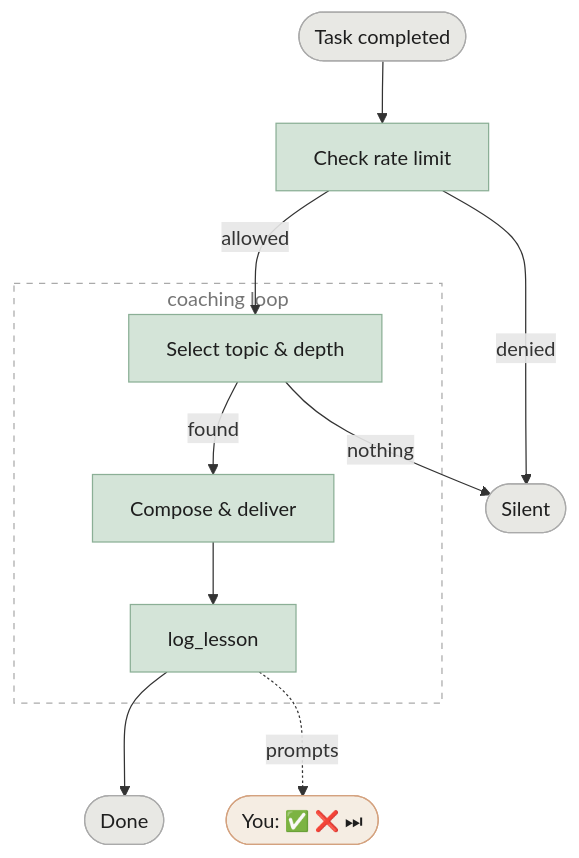
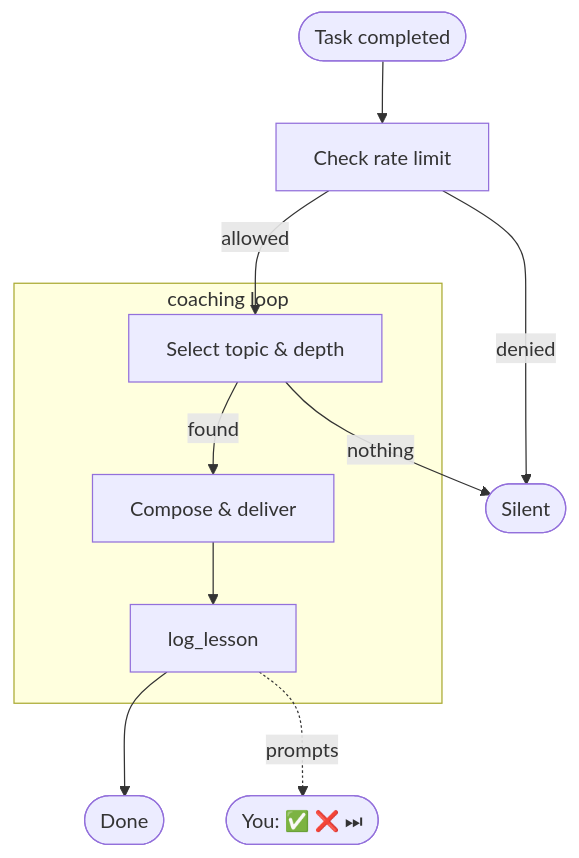
The diagram in README.md (UltimaPhoenix/dev-coach), drawn with Mermaid before and after one commit. The commit also changed 2 other files, not shown here.

Commit message:
docs: remove custom Mermaid styles — use default theme

````diff
--- a/README.md
+++ b/README.md
@@ -17,27 +17,18 @@
 ```mermaid
 flowchart TD
     A([Task completed]) --> B[Check rate limit]
     B -->|denied| Z([Silent])
     B -->|allowed| D
 
     subgraph loop["coaching loop"]
         D[Select topic & depth]
         E[Compose & deliver]
         G[log_lesson]
     end
 
     D -->|nothing| Z
     D -->|found| E
     E --> G
     G --> F([Done])
     G -.->|prompts| U(["You: ✅ ❌ ⏭"])
-
-    style loop fill:none,stroke:#AAAAAA,stroke-dasharray:5 5,color:#757575
-    classDef action fill:#D4E4D8,stroke:#8BAF96,color:#1E1E1E
-    classDef term   fill:#E8E8E4,stroke:#AAAAAA,color:#1E1E1E
-    classDef user   fill:#F5EDE3,stroke:#D4A27F,color:#1E1E1E
-
-    class B,D,E,G action
-    class A,F,Z term
-    class U user
 ```
````
